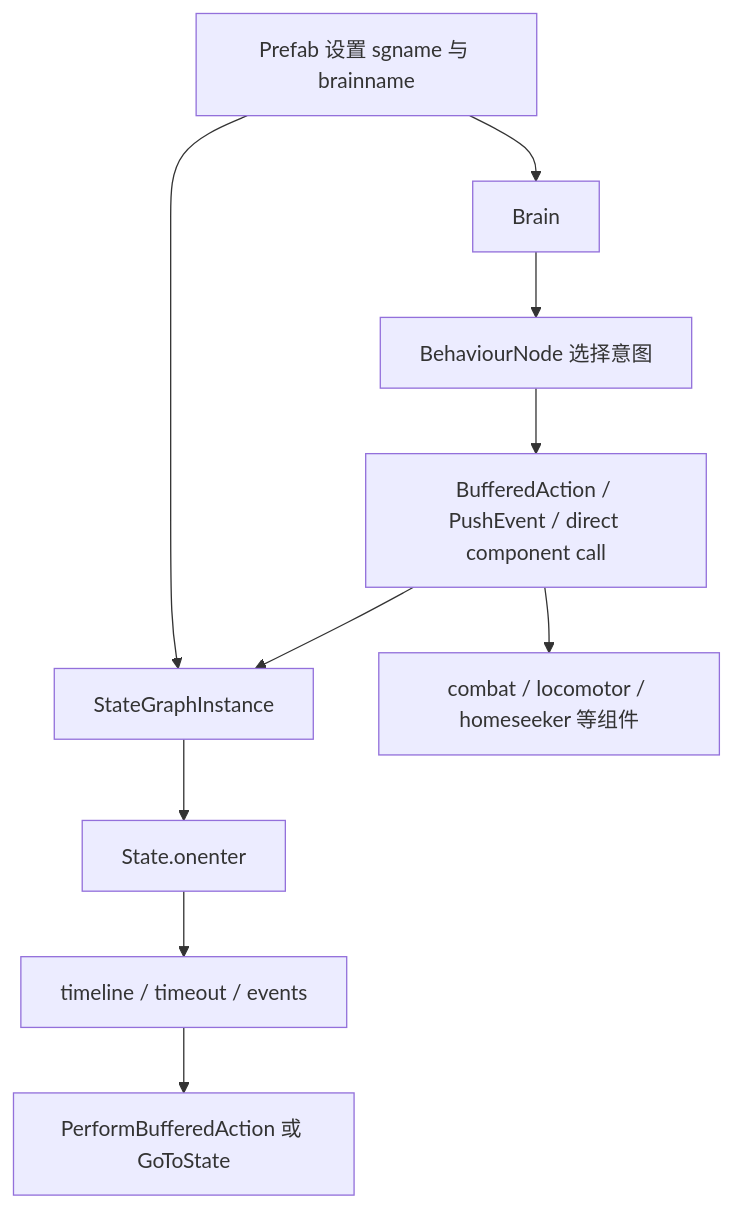
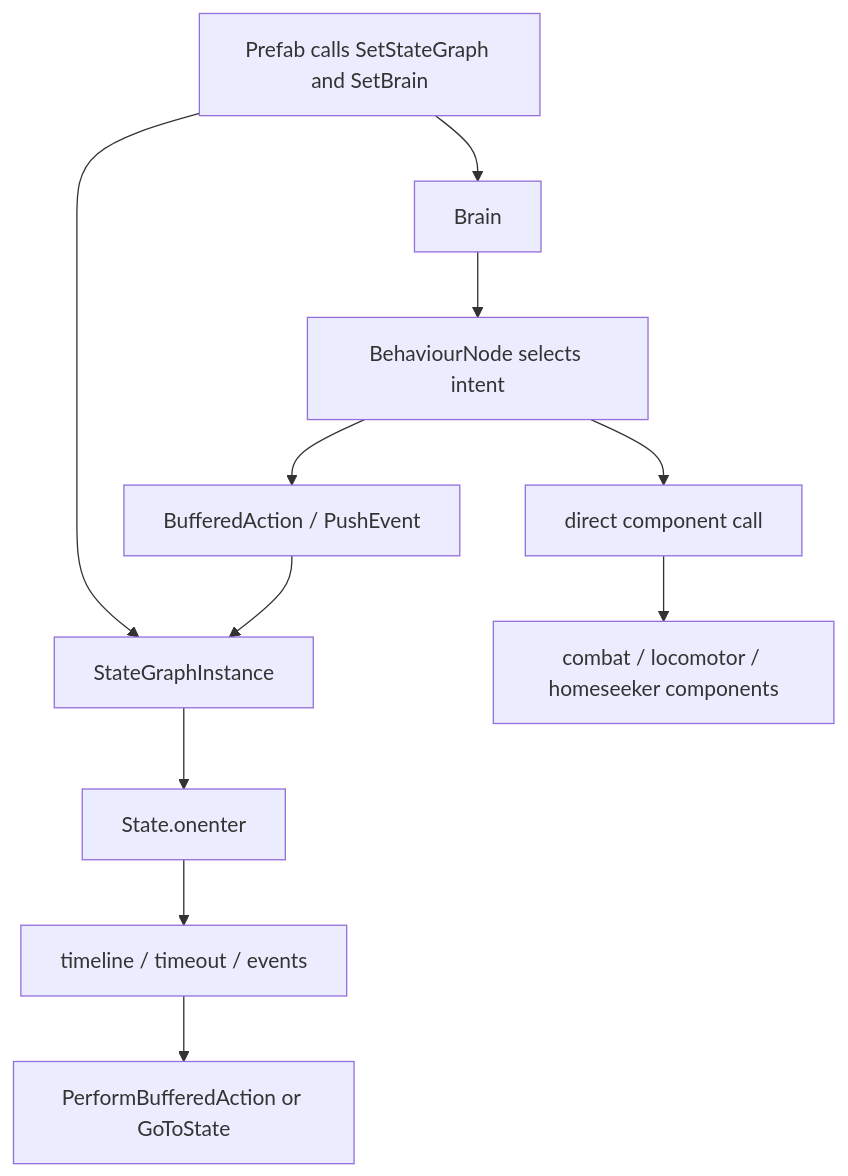
Before and after one commit to LetsStarveTogether/dst-server: the diagram in dst-scripts/index/0x4000-ai-animation/README.md, drawn with Mermaid. The commit also changed other lines of this file and 83 other files, not shown here.

```diff
--- a/dst-scripts/index/0x4000-ai-animation/README.md
+++ b/dst-scripts/index/0x4000-ai-animation/README.md
@@ -41,13 +42,14 @@
 ~~~mermaid
 flowchart TD
-    A["Prefab 设置 sgname 与 brainname"]
+    A["Prefab calls SetStateGraph and SetBrain"]
     A --> B["StateGraphInstance"]
     A --> C["Brain"]
-    C --> D["BehaviourNode 选择意图"]
-    D --> E["BufferedAction / PushEvent / direct component call"]
+    C --> D["BehaviourNode selects intent"]
+    D --> E["BufferedAction / PushEvent"]
+    D --> I["direct component call"]
     E --> B
-    E --> I["combat / locomotor / homeseeker 等组件"]
+    I --> J["combat / locomotor / homeseeker components"]
     B --> F["State.onenter"]
     F --> G["timeline / timeout / events"]
-    G --> H["PerformBufferedAction 或 GoToState"]
+    G --> H["PerformBufferedAction or GoToState"]
 ~~~
```
